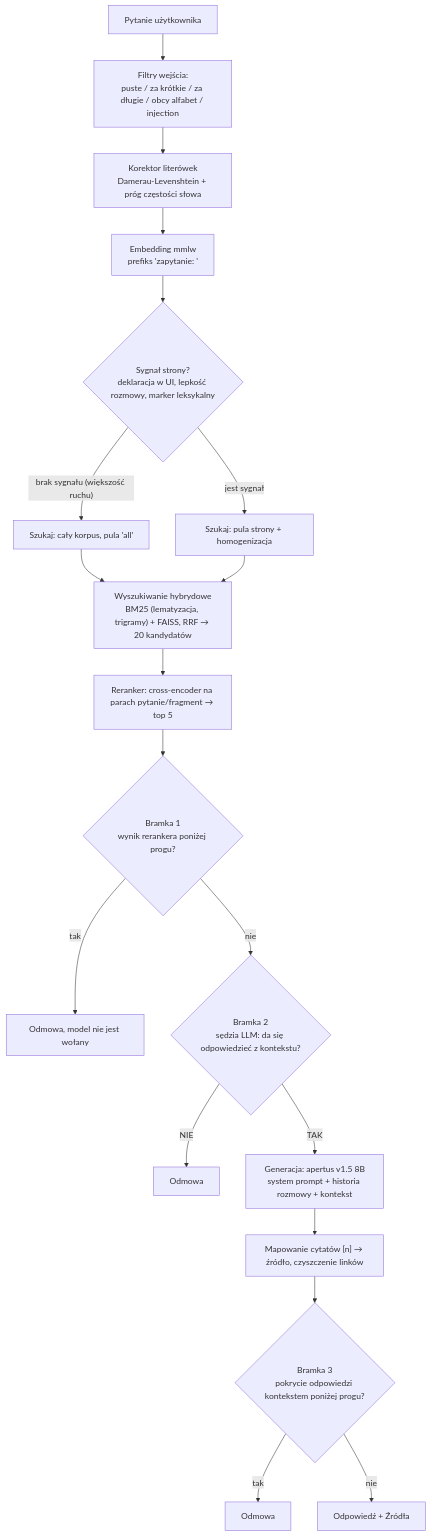
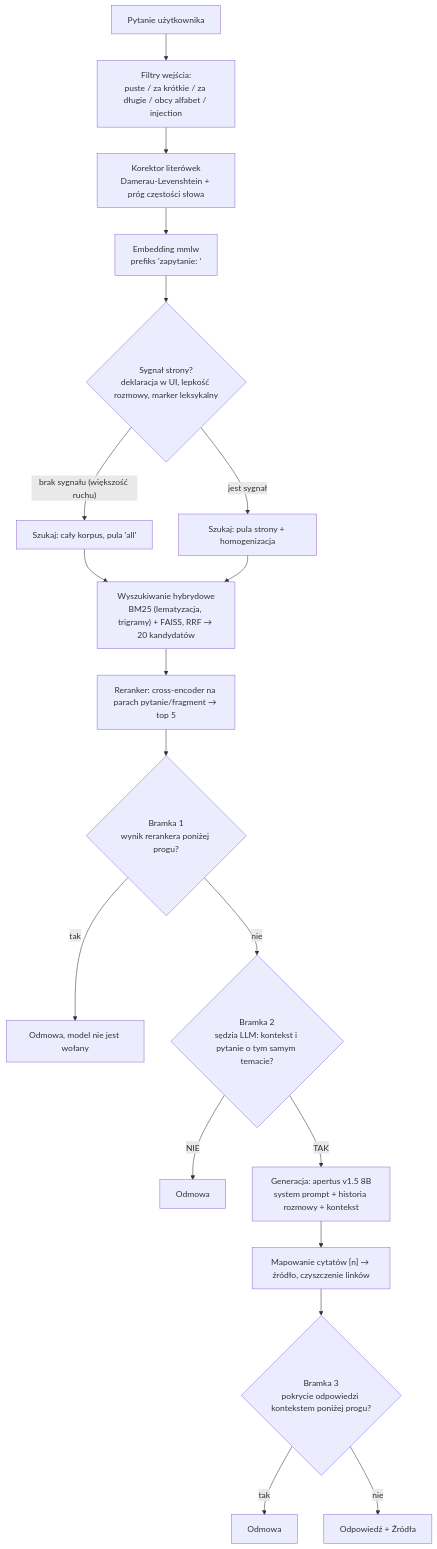
One commit to OskarOG1/Chatbot-RAG changed the diagram in README.md. Above: the diagram before and after it, drawn with Mermaid. The commit also changed 1 other file, not shown here.

Commit message:
przeglad: poprawki znalezione w przegladzie O8/O11/O12
Etykieta bramki 2 w diagramie README mowila o mozliwosci odpowiedzi, a sedzia
po O8 pyta o zgodnosc tematu kontekstu z pytaniem.

W oczysc_pytania_realne.py wynik w.get('pytanie', '') byl uniewazniany przez
w['pytanie'] linijke nizej, wiec domyslna wartosc nie chronila przed brakiem
klucza. Teraz jedna zmienna uzywana w obu miejscach.

````diff
--- a/README.md
+++ b/README.md
@@ -48,21 +48,21 @@
 ```mermaid
 flowchart TD
     Q["Pytanie użytkownika"] --> F["Filtry wejścia:<br/>puste / za krótkie / za długie / obcy alfabet / injection"]
     F --> K["Korektor literówek<br/>Damerau-Levenshtein + próg częstości słowa"]
     K --> E["Embedding mmlw<br/>prefiks 'zapytanie: '"]
     E --> P{"Sygnał strony?<br/>deklaracja w UI, lepkość rozmowy, marker leksykalny"}
     P -- "brak sygnału (większość ruchu)" --> S1["Szukaj: cały korpus, pula 'all'"]
     P -- "jest sygnał" --> S2["Szukaj: pula strony + homogenizacja"]
     S1 --> H["Wyszukiwanie hybrydowe<br/>BM25 (lematyzacja, trigramy) + FAISS, RRF → 20 kandydatów"]
     S2 --> H
     H --> RR["Reranker: cross-encoder na parach pytanie/fragment → top 5"]
     RR --> G1{"Bramka 1<br/>wynik rerankera poniżej progu?"}
     G1 -- tak --> D1["Odmowa, model nie jest wołany"]
-    G1 -- nie --> G2{"Bramka 2<br/>sędzia LLM: da się odpowiedzieć z kontekstu?"}
+    G1 -- nie --> G2{"Bramka 2<br/>sędzia LLM: kontekst i pytanie o tym samym temacie?"}
     G2 -- NIE --> D2["Odmowa"]
     G2 -- TAK --> GEN["Generacja: apertus v1.5 8B<br/>system prompt + historia rozmowy + kontekst"]
     GEN --> C["Mapowanie cytatów [n] → źródło, czyszczenie linków"]
     C --> G3{"Bramka 3<br/>pokrycie odpowiedzi kontekstem poniżej progu?"}
     G3 -- tak --> D3["Odmowa"]
     G3 -- nie --> A["Odpowiedź + Źródła"]
 ```
````
